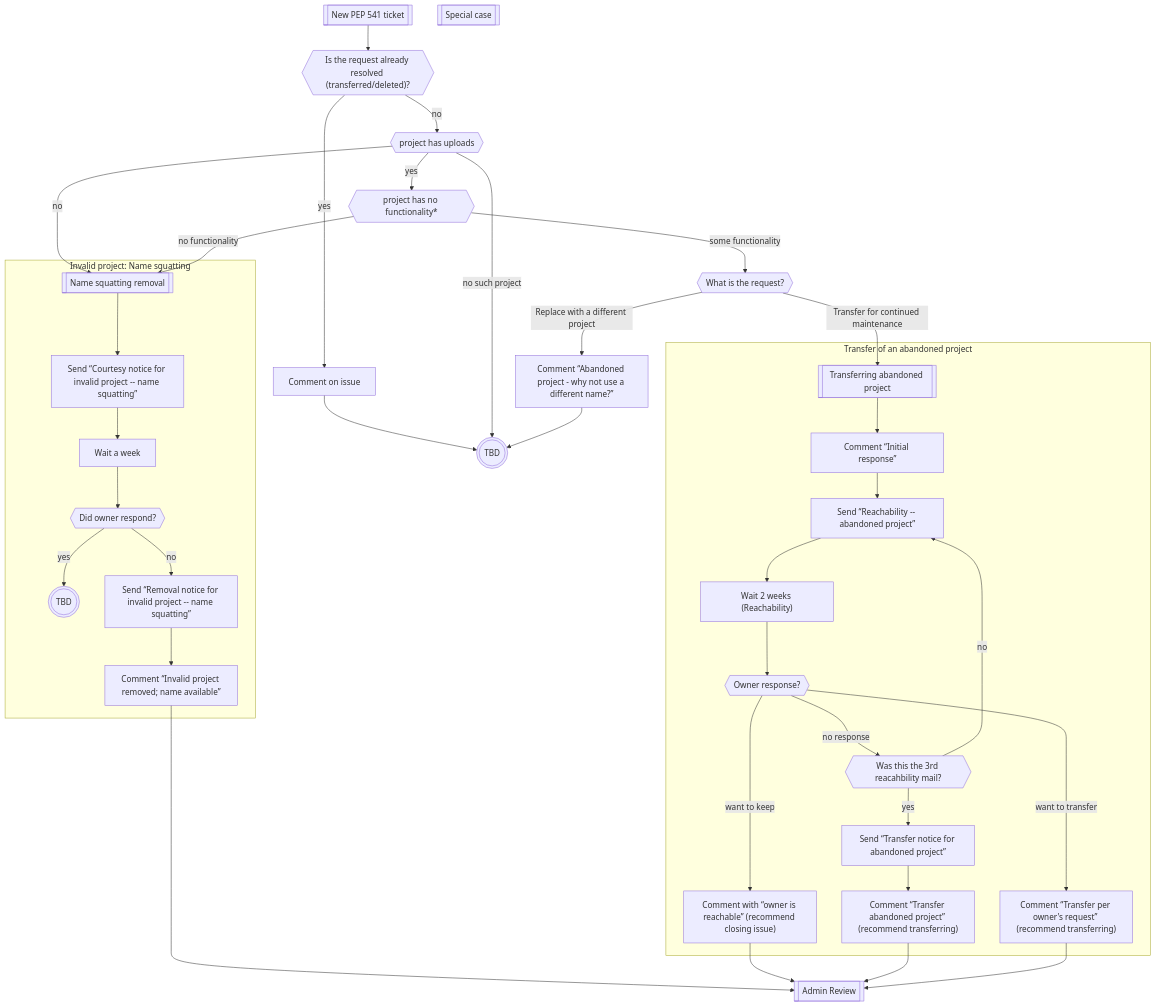
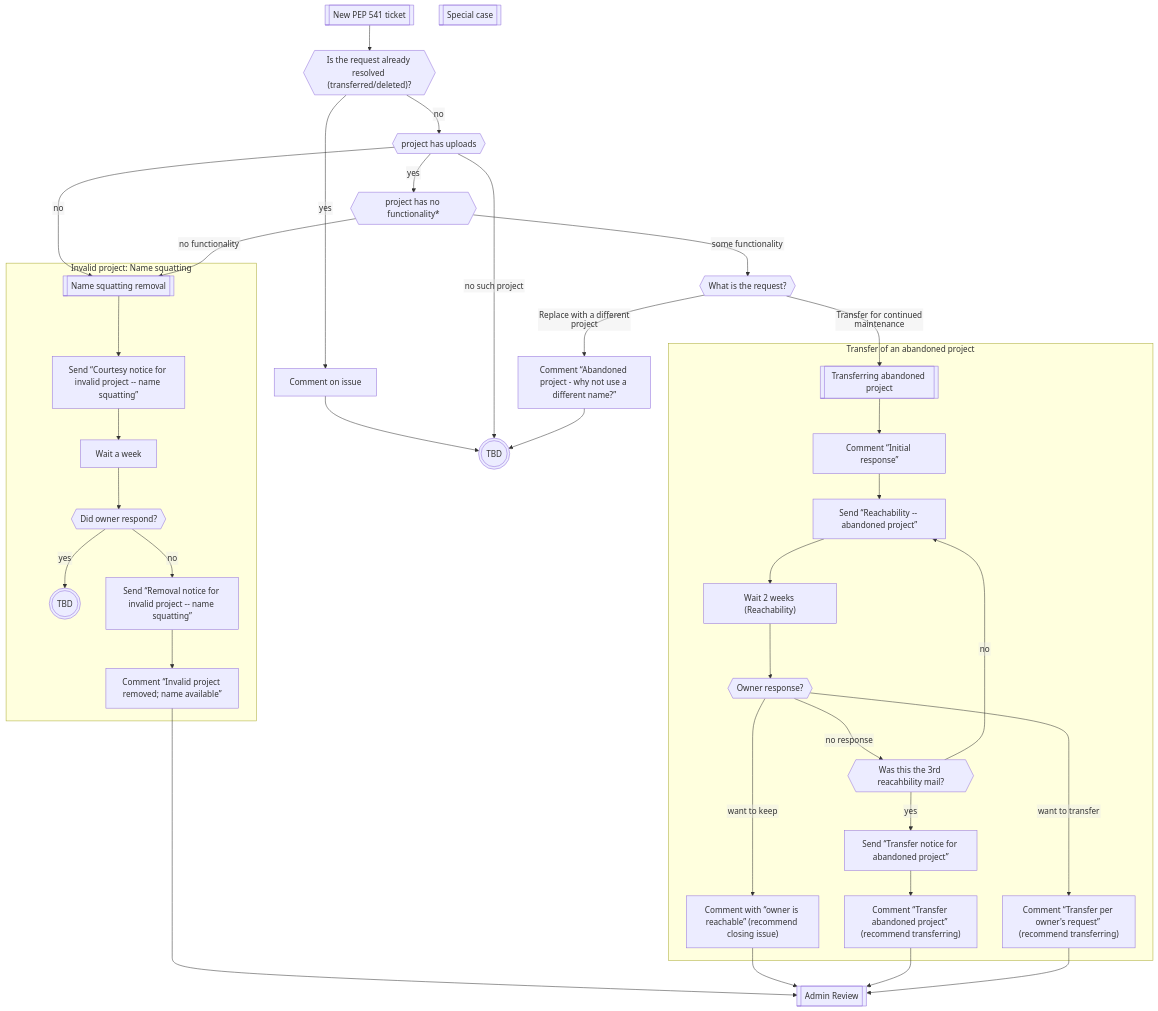
The diagram in name-retention/README.md (pypi/support), drawn with Mermaid before and after one commit.

Commit message:
Fix the mermaid chart

````diff
--- a/name-retention/README.md
+++ b/name-retention/README.md
@@ -14,35 +14,36 @@
 ```mermaid
+%%{init: {"flowchart": {"htmlLabels": false}} }%%
 flowchart TD
 NEW[[New PEP 541 ticket]] --> NEW_isdone{{"Is the request already resolved (transferred/deleted)?"}}
 NEW_isdone --> |yes| NEW_done[Comment on issue] --> NEW_tbd(((TBD)))
 NEW_isdone --> |no| NEW_uploads{{project has uploads}}
 NEW_uploads --> |no| SQUAT
 NEW_uploads --> |yes| NEW_funct{{project has no functionality*}}
 NEW_uploads --> |no such project| NEW_tbd
 NEW_funct --> |no functionality| SQUAT
 NEW_funct --> |some functionality| NEW_what{{What is the request?}}
 NEW_what --> |Transfer for continued maintenance| ABTR
 NEW_what --> |Replace with a different project| NEW_whyname[Comment “Abandoned project - why not use a different name?”]
 NEW_whyname --> NEW_tbd
 subgraph SQUAT_subgraph [Invalid project: Name squatting]
     SQUAT[[Name squatting removal]] --> SQUAT_c[Send “Courtesy notice for invalid project -- name squatting”] --> SQUAT_w[Wait a week] --> SQUAT_r{{Did owner respond?}} --> |yes| SQUAT_tbd(((TBD)))
     SQUAT_r --> |no| SQUAT_s[Send “Removal notice for invalid project -- name squatting”] --> SQUAT_g[Comment “Invalid project removed; name available”]
 end
 
 subgraph ABTR_subgraph [Transfer of an abandoned project]
     ABTR[[Transferring abandoned project]] --> ABTR_init[Comment “Initial response”] --> ABTR_r[Send “Reachability -- abandoned project”] --> ABTR_wait["Wait 2 weeks (Reachability)"] --> ABTR_resp{{Owner response?}}
     ABTR_resp --> |want to keep| ABTR_keep["Comment with “owner is reachable” (recommend closing issue)"]
     ABTR_resp --> |want to transfer| ABTR_rq["Comment “Transfer per owner's request” (recommend transferring)"]
     ABTR_resp --> |no response| ABTR_iter{{Was this the 3rd reacahbility mail?}} --> |no| ABTR_r
     ABTR_iter --> |yes| ABTR_t[Send “Transfer notice for abandoned project”] --> ABTR_tc["Comment “Transfer abandoned project” (recommend transferring)"]
 end
 
 SQUAT_g --> ADM[[Admin Review]]
 ABTR_keep --> ADM
 ABTR_tc --> ADM
 ABTR_rq --> ADM
 
 
 
 SPEC[[Special case]]
 ```
````
